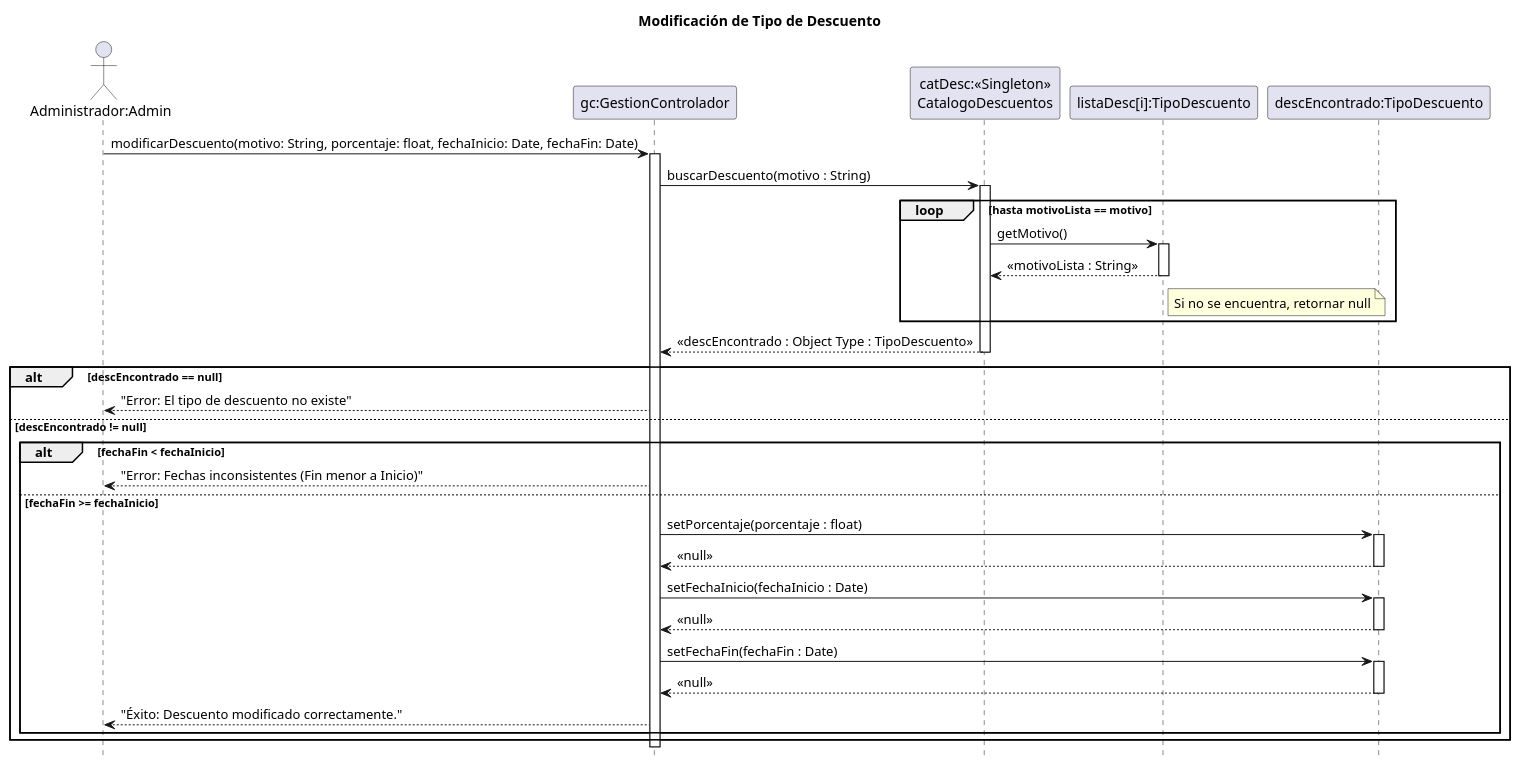
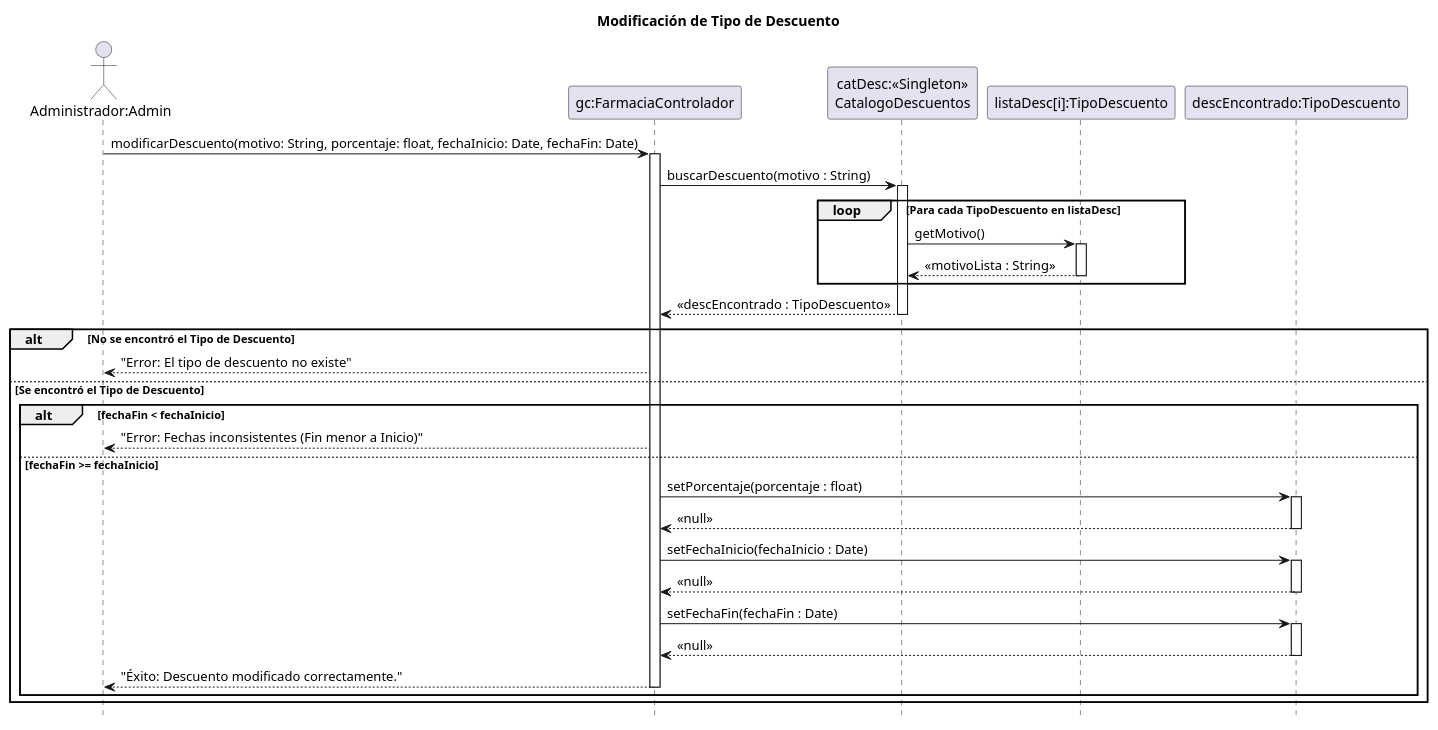
Before and after one commit to zEzequR/PF-I: the diagram in 08 - Diagramas de Secuencia de Diseño/ModificarTipoDescuento/ModificarTipoDescuento.wsd, drawn with PlantUML. The commit also changed 40 other files, not shown here.

```diff
--- a/08 - Diagramas de Secuencia de Diseño/ModificarTipoDescuento/ModificarTipoDescuento.wsd
+++ b/08 - Diagramas de Secuencia de Diseño/ModificarTipoDescuento/ModificarTipoDescuento.wsd
@@ -1,64 +1,62 @@
 @startuml
 title Modificación de Tipo de Descuento
 hide footbox
 
 actor "Administrador:Admin" as admin
-participant "gc:GestionControlador" as ctrl
+participant "gc:FarmaciaControlador" as ctrl
 participant "catDesc:<<Singleton>>\nCatalogoDescuentos" as cat
 participant "listaDesc[i]:TipoDescuento" as listTD
 participant "descEncontrado:TipoDescuento" as td
 
 admin -> ctrl : modificarDescuento(motivo: String, porcentaje: float, fechaInicio: Date, fechaFin: Date)
 activate ctrl
 
 ctrl -> cat : buscarDescuento(motivo : String)
 activate cat
 
-loop hasta motivoLista == motivo
+loop Para cada TipoDescuento en listaDesc
     cat -> listTD : getMotivo()
     activate listTD
     listTD --> cat : <<motivoLista : String>>
     
-    note right of listTD : Si no se encuentra, retornar null
-    
     deactivate listTD
 end
 
-cat --> ctrl : <<descEncontrado : Object Type : TipoDescuento>>
+cat --> ctrl : <<descEncontrado : TipoDescuento>>
 deactivate cat
 
-alt descEncontrado == null
+alt No se encontró el Tipo de Descuento
     
     ctrl --> admin : "Error: El tipo de descuento no existe"
 
-else descEncontrado != null
+else Se encontró el Tipo de Descuento
 
     alt fechaFin < fechaInicio
         
         ctrl --> admin : "Error: Fechas inconsistentes (Fin menor a Inicio)"
     
     else fechaFin >= fechaInicio
 
         ctrl -> td : setPorcentaje(porcentaje : float)
         activate td
         td --> ctrl : <<null>>
         deactivate td
 
         ctrl -> td : setFechaInicio(fechaInicio : Date)
         activate td
         td --> ctrl : <<null>>
         deactivate td
 
         ctrl -> td : setFechaFin(fechaFin : Date)
         activate td
         td --> ctrl : <<null>>
         deactivate td
 
         ctrl --> admin : "Éxito: Descuento modificado correctamente."
+        deactivate ctrl
     
     end
 
 end
 
-deactivate ctrl
 @enduml
```
